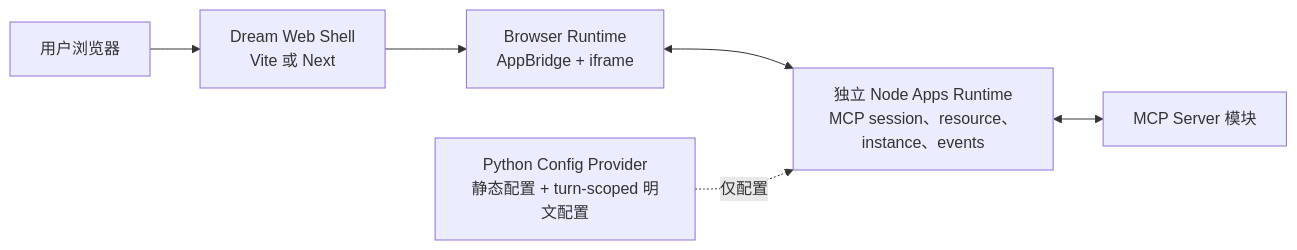
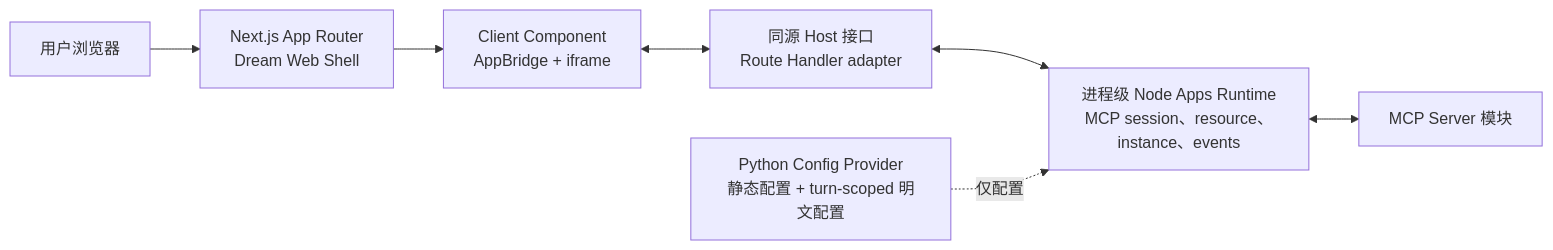
One commit to glide-the/im-dream changed the first of 2 diagrams in docs/design/claude-agent/dream-frontend-node-framework-migration-assessment.md. Above: the diagram before and after it, drawn with Mermaid. The commit also changed other lines of this file and 7 other files, not shown here.

Commit message:
docs: require Next.js for MCP Apps host

````diff
--- a/docs/design/claude-agent/dream-frontend-node-framework-migration-assessment.md
+++ b/docs/design/claude-agent/dream-frontend-node-framework-migration-assessment.md
@@ -59,8 +62,9 @@
 ```mermaid
 flowchart LR
-    USER["用户浏览器"] --> WEB["Dream Web Shell<br/>Vite 或 Next"]
-    WEB --> RUNTIME["Browser Runtime<br/>AppBridge + iframe"]
-    RUNTIME <--> NODE["独立 Node Apps Runtime<br/>MCP session、resource、instance、events"]
+    USER["用户浏览器"] --> WEB["Next.js App Router<br/>Dream Web Shell"]
+    WEB --> RUNTIME["Client Component<br/>AppBridge + iframe"]
+    RUNTIME <--> ADAPTER["同源 Host 接口<br/>Route Handler adapter"]
+    ADAPTER <--> NODE["进程级 Node Apps Runtime<br/>MCP session、resource、instance、events"]
     NODE <--> MCP["MCP Server 模块"]
     PY["Python Config Provider<br/>静态配置 + turn-scoped 明文配置"] -."仅配置".-> NODE
 ```
````
